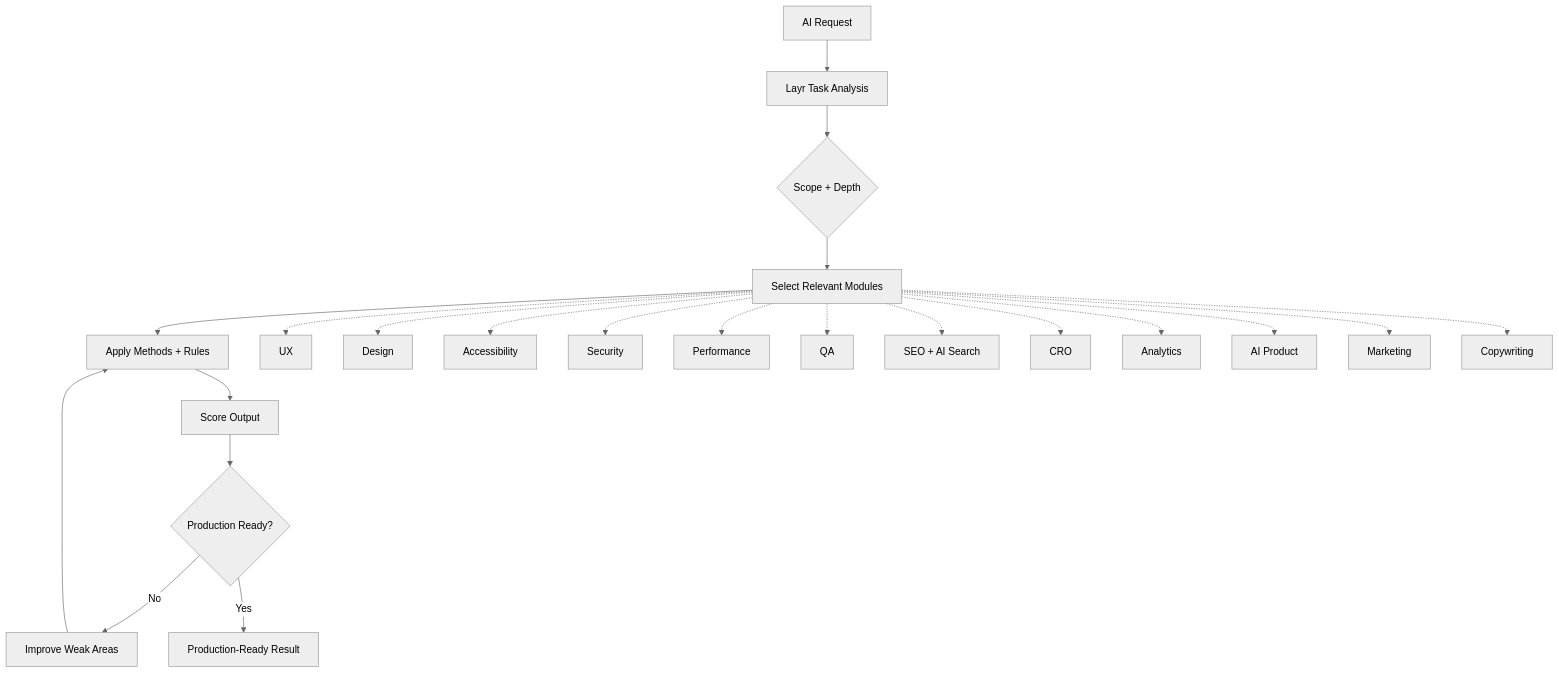
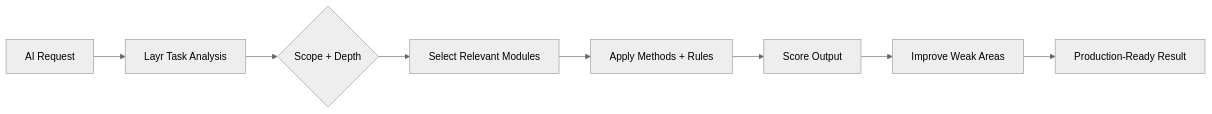
One commit to Mike-Moore100/UX-Design-System-for-AI changed the diagram in README.md. Above: the diagram before and after it, drawn with Mermaid (neutral theme). The commit also changed other lines of this file, not shown here.

````diff
--- a/README.md
+++ b/README.md
@@ -121,25 +60,10 @@
 ```mermaid
-flowchart TD
+flowchart LR
   A["AI Request"] --> B["Layr Task Analysis"]
   B --> C{"Scope + Depth"}
   C --> D["Select Relevant Modules"]
   D --> E["Apply Methods + Rules"]
   E --> F["Score Output"]
-  F --> G{"Production Ready?"}
-  G -- "No" --> H["Improve Weak Areas"]
-  H --> E
-  G -- "Yes" --> I["Production-Ready Result"]
-
-  D -.-> M1["UX"]
-  D -.-> M2["Design"]
-  D -.-> M3["Accessibility"]
-  D -.-> M4["Security"]
-  D -.-> M5["Performance"]
-  D -.-> M6["QA"]
-  D -.-> M7["SEO + AI Search"]
-  D -.-> M8["CRO"]
-  D -.-> M9["Analytics"]
-  D -.-> M10["AI Product"]
-  D -.-> M11["Marketing"]
-  D -.-> M12["Copywriting"]
+  F --> G["Improve Weak Areas"]
+  G --> H["Production-Ready Result"]
 ```
````
